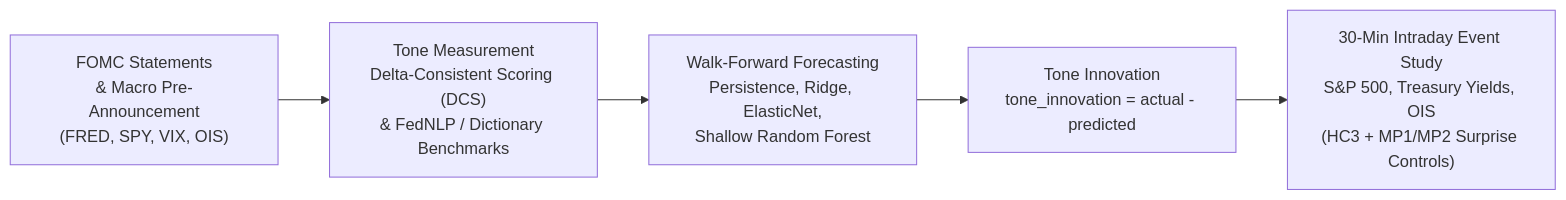
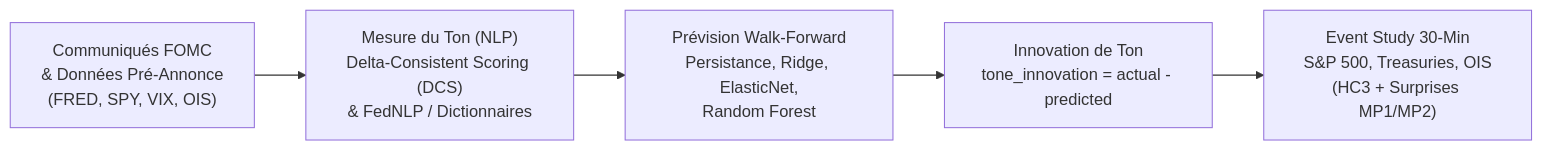
One commit to rfekir24-cloud/portfolio changed the first of 2 diagrams in README.md. Above: the diagram before and after it, drawn with Mermaid. The commit also changed other lines of this file and 4 other files, not shown here.

````diff
--- a/README.md
+++ b/README.md
@@ -39,7 +33,7 @@
 ```mermaid
 flowchart LR
-    A["FOMC Statements\n& Macro Pre-Announcement\n(FRED, SPY, VIX, OIS)"] --> B["Tone Measurement\nDelta-Consistent Scoring (DCS)\n& FedNLP / Dictionary Benchmarks"]
-    B --> C["Walk-Forward Forecasting\nPersistence, Ridge, ElasticNet,\nShallow Random Forest"]
-    C --> D["Tone Innovation\ntone_innovation = actual - predicted"]
-    D --> E["30-Min Intraday Event Study\nS&P 500, Treasury Yields, OIS\n(HC3 + MP1/MP2 Surprise Controls)"]
+    A["Communiqués FOMC\n& Données Pré-Annonce\n(FRED, SPY, VIX, OIS)"] --> B["Mesure du Ton (NLP)\nDelta-Consistent Scoring (DCS)\n& FedNLP / Dictionnaires"]
+    B --> C["Prévision Walk-Forward\nPersistance, Ridge, ElasticNet,\nRandom Forest"]
+    C --> D["Innovation de Ton\ntone_innovation = actual - predicted"]
+    D --> E["Event Study 30-Min\nS&P 500, Treasuries, OIS\n(HC3 + Surprises MP1/MP2)"]
 ```
````
